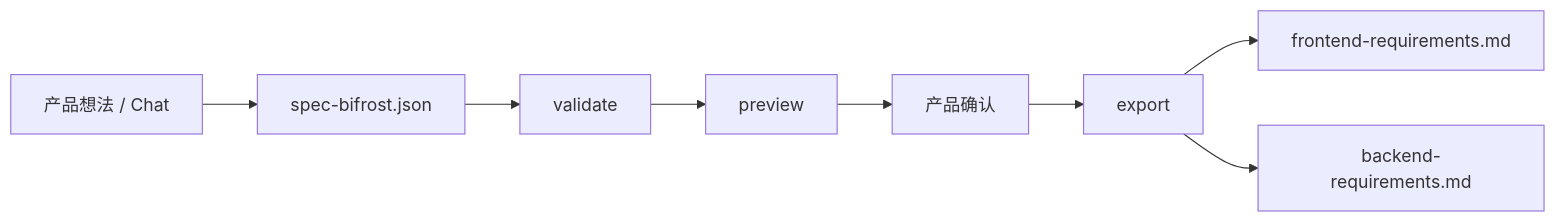
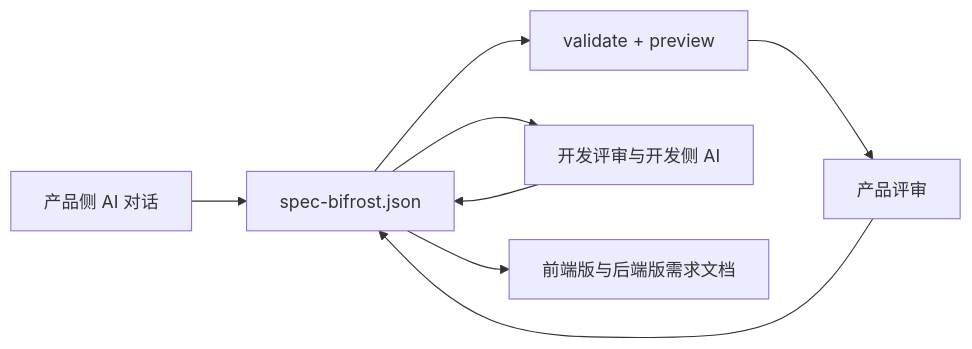
One commit to Liiaming/spec-bifrost changed the diagram in README.md. Above: the diagram before and after it, drawn with Mermaid. The commit also changed other lines of this file and 2 other files, not shown here.

````diff
--- a/README.md
+++ b/README.md
@@ -48,10 +50,10 @@
 ```mermaid
 flowchart LR
-  A["产品想法 / Chat"] --> B["spec-bifrost.json"]
-  B --> C["validate"]
-  C --> D["preview"]
-  D --> E["产品确认"]
-  E --> F["export"]
-  F --> G["frontend-requirements.md"]
-  F --> H["backend-requirements.md"]
+  A["产品侧 AI 对话"] --> B["spec-bifrost.json"]
+  B --> C["validate + preview"]
+  C --> D["产品评审"]
+  D --> B
+  B --> E["开发评审与开发侧 AI"]
+  E --> B
+  B --> F["前端版与后端版需求文档"]
 ```
````
